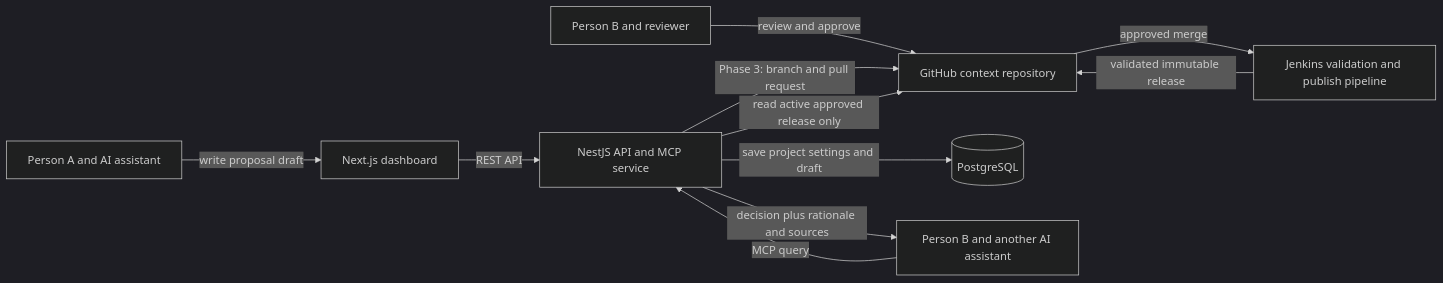
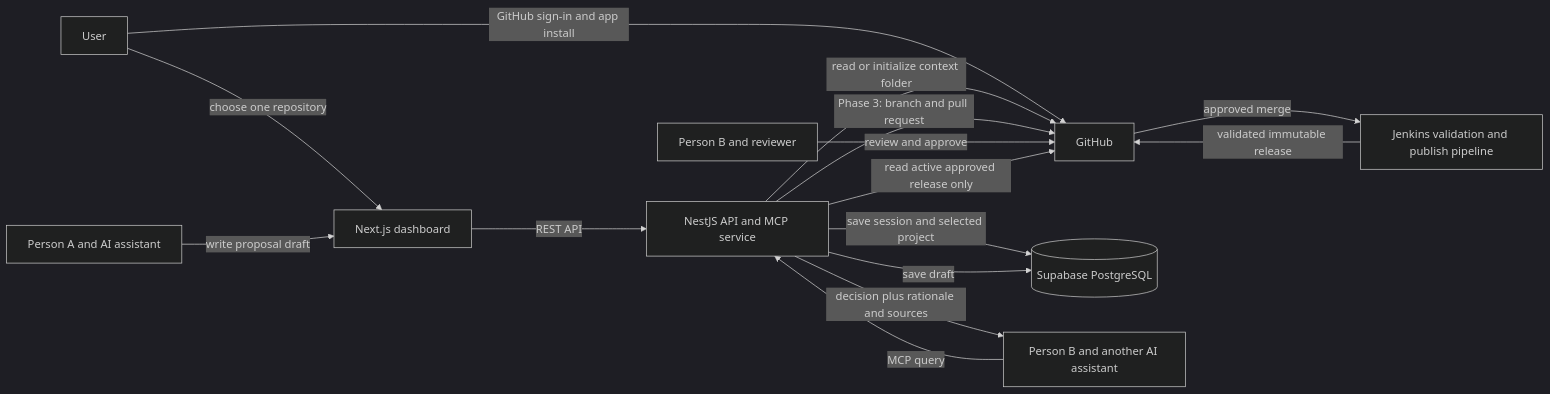
The diagram in docs/architecture.md (Kaushiik-13/contextrepo), drawn with Mermaid (dark theme) before and after one commit. The commit also changed other lines of this file and 37 other files, not shown here.

Commit message:
feat: persist GitHub project connections

````diff
--- a/docs/architecture.md
+++ b/docs/architecture.md
@@ -25,13 +25,17 @@
 ```mermaid
 flowchart LR
-  A[Person A and AI assistant] -->|write proposal draft| W[Next.js dashboard]
-  B[Person B and reviewer] -->|review and approve| GH[GitHub context repository]
+  U[User] -->|GitHub sign-in and app install| GH[GitHub]
+  U -->|choose one repository| W[Next.js dashboard]
   W -->|REST API| API[NestJS API and MCP service]
-  API -->|save project settings and draft| DB[(PostgreSQL)]
+  API -->|save session and selected project| DB[(Supabase PostgreSQL)]
+  API -->|read or initialize context folder| GH
+  A[Person A and AI assistant] -->|write proposal draft| W
+  API -->|save draft| DB
   API -->|Phase 3: branch and pull request| GH
+  B[Person B and reviewer] -->|review and approve| GH
   GH -->|approved merge| CI[Jenkins validation and publish pipeline]
   CI -->|validated immutable release| GH
   C[Person B and another AI assistant] -->|MCP query| API
   API -->|read active approved release only| GH
   API -->|decision plus rationale and sources| C
 ```
````
